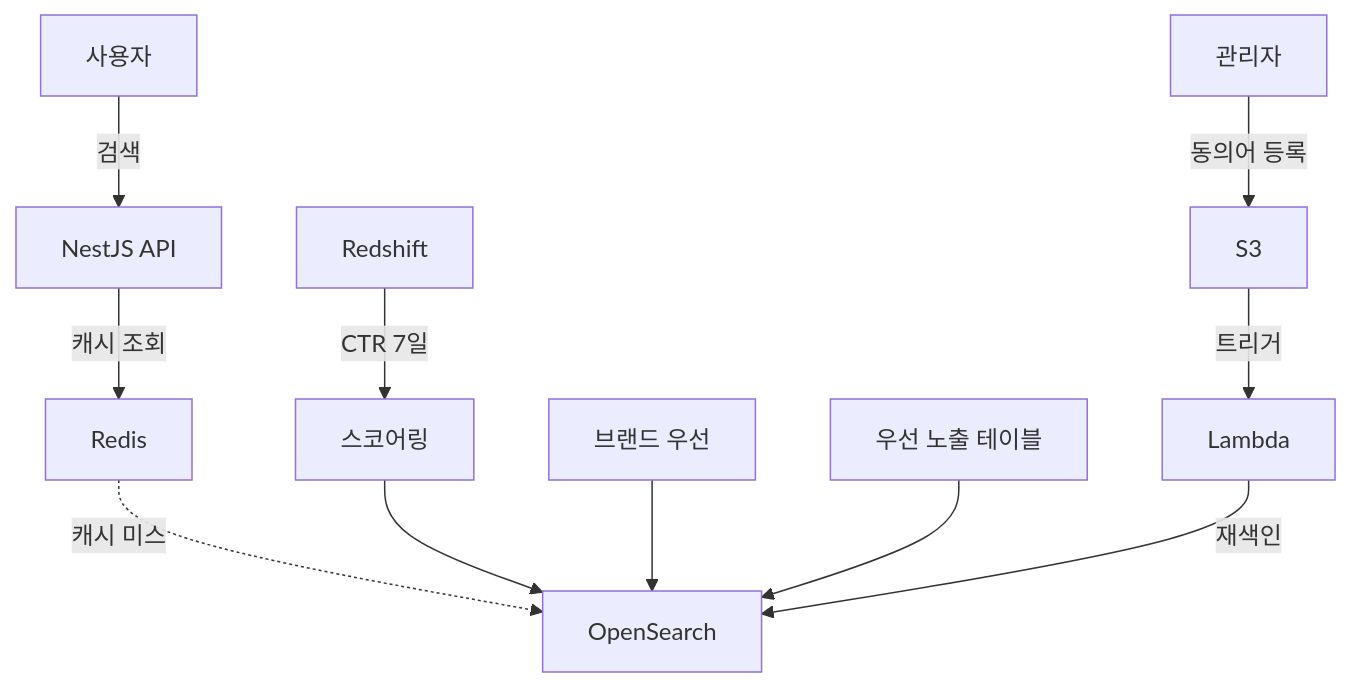
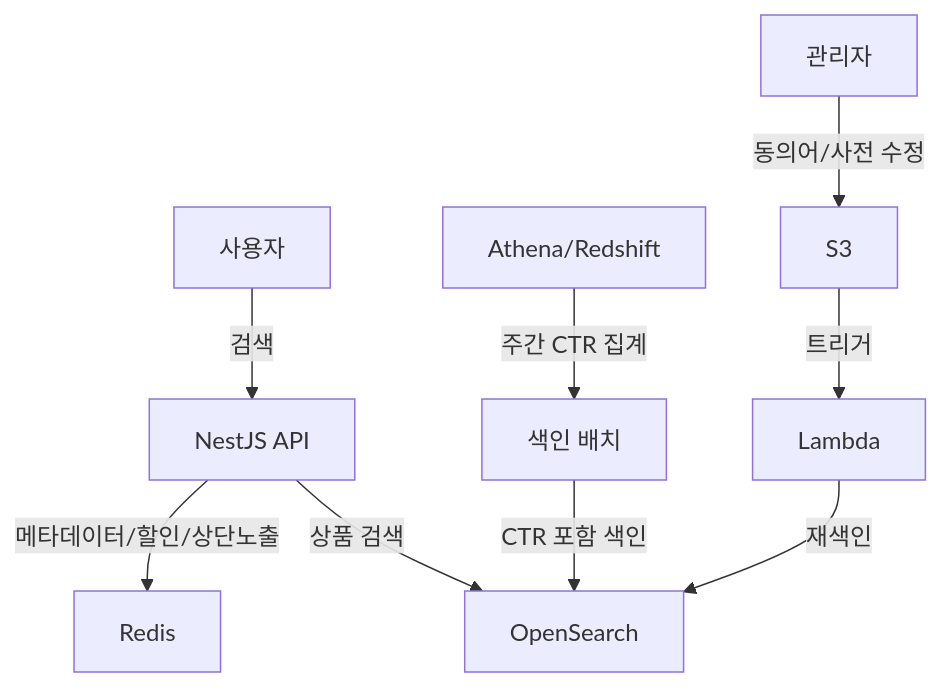
Before and after one commit to banggeunho/banggeunho: the diagram in portfolio/projects/opensearch-search-engine/index.md, drawn with Mermaid. The commit also changed other lines of this file, not shown here.

````diff
--- a/portfolio/projects/opensearch-search-engine/index.md
+++ b/portfolio/projects/opensearch-search-engine/index.md
@@ -94,15 +99,13 @@
 ```mermaid
 graph TB
     A[사용자] -->|검색| B[NestJS API]
-    B -->|캐시 조회| C[Redis]
-    C -.캐시 미스.-> D[OpenSearch]
+    B -->|메타데이터/할인/상단노출| C[Redis]
+    B -->|상품 검색| D[OpenSearch]
 
-    F[Redshift] -->|CTR 7일| G[스코어링]
-    G --> D
-    H[브랜드 우선] --> D
-    I[우선 노출 테이블] --> D
+    E[Athena/Redshift] -->|주간 CTR 집계| F[색인 배치]
+    F -->|CTR 포함 색인| D
 
-    J[관리자] -->|동의어 등록| K[S3]
-    K -->|트리거| L[Lambda]
-    L -->|재색인| D
+    G[관리자] -->|동의어/사전 수정| H[S3]
+    H -->|트리거| I[Lambda]
+    I -->|재색인| D
 ```
````
